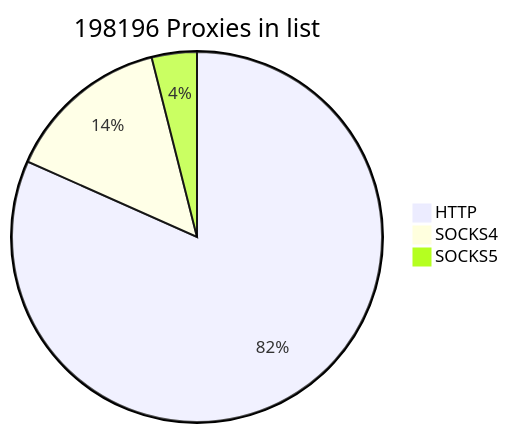
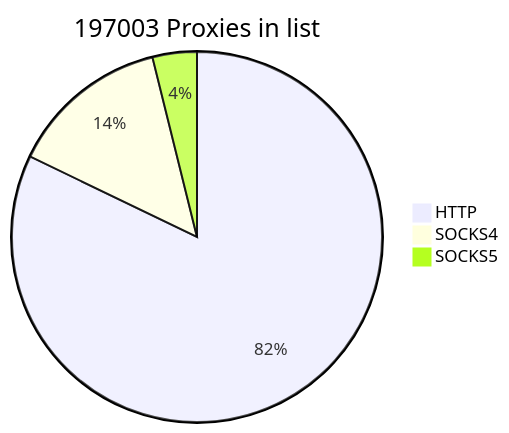
One commit to cutipu/proxylist changed the first of 2 diagrams in README.md. Above: the diagram before and after it, drawn with Mermaid. The commit also changed other lines of this file, not shown here.

````diff
--- a/README.md
+++ b/README.md
@@ -2,7 +2,7 @@
 ```mermaid
-pie title 198196 Proxies in list
-    "HTTP" : 161865
-    "SOCKS4" : 28526
-    "SOCKS5" : 7805
+pie title 197003 Proxies in list
+    "HTTP" : 161848
+    "SOCKS4" : 27537
+    "SOCKS5" : 7618
             
 ```
````
